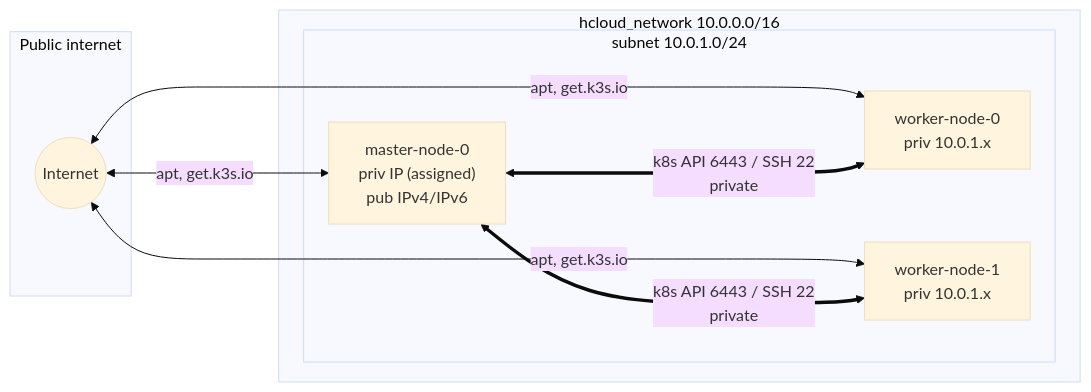
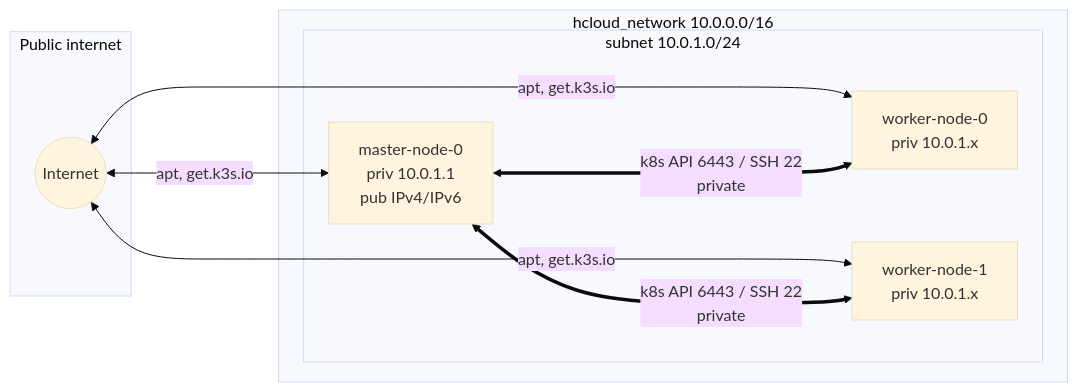
Before and after one commit to pawel150199/hcloud-k8s-cluster: the second of 6 diagrams in docs/02-architecture.md, drawn with Mermaid (base theme). The commit also changed other lines of this file and 23 other files, not shown here.

````diff
--- a/docs/02-architecture.md
+++ b/docs/02-architecture.md
@@ -62,20 +65,20 @@
 ```mermaid
 flowchart LR
   subgraph PUB["Public internet"]
     INET(("Internet"))
   end
 
   subgraph HNET["hcloud_network 10.0.0.0/16"]
     subgraph SUBNET["subnet 10.0.1.0/24"]
-      M["master-node-0<br/>priv IP (assigned)<br/>pub IPv4/IPv6"]
+      M["master-node-0<br/>priv 10.0.1.1<br/>pub IPv4/IPv6"]
       W0["worker-node-0<br/>priv 10.0.1.x"]
       W1["worker-node-1<br/>priv 10.0.1.x"]
     end
   end
 
   INET <-->|apt, get.k3s.io| M
   INET <-->|apt, get.k3s.io| W0
   INET <-->|apt, get.k3s.io| W1
   M <===>|k8s API 6443 / SSH 22<br/>private| W0
   M <===>|k8s API 6443 / SSH 22<br/>private| W1
 ```
````
